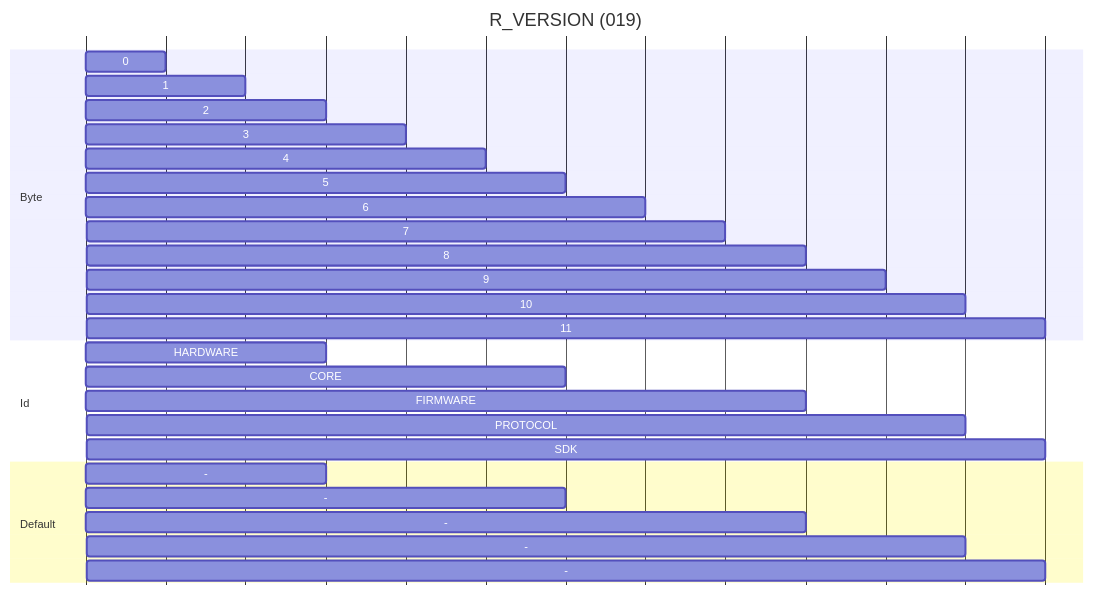
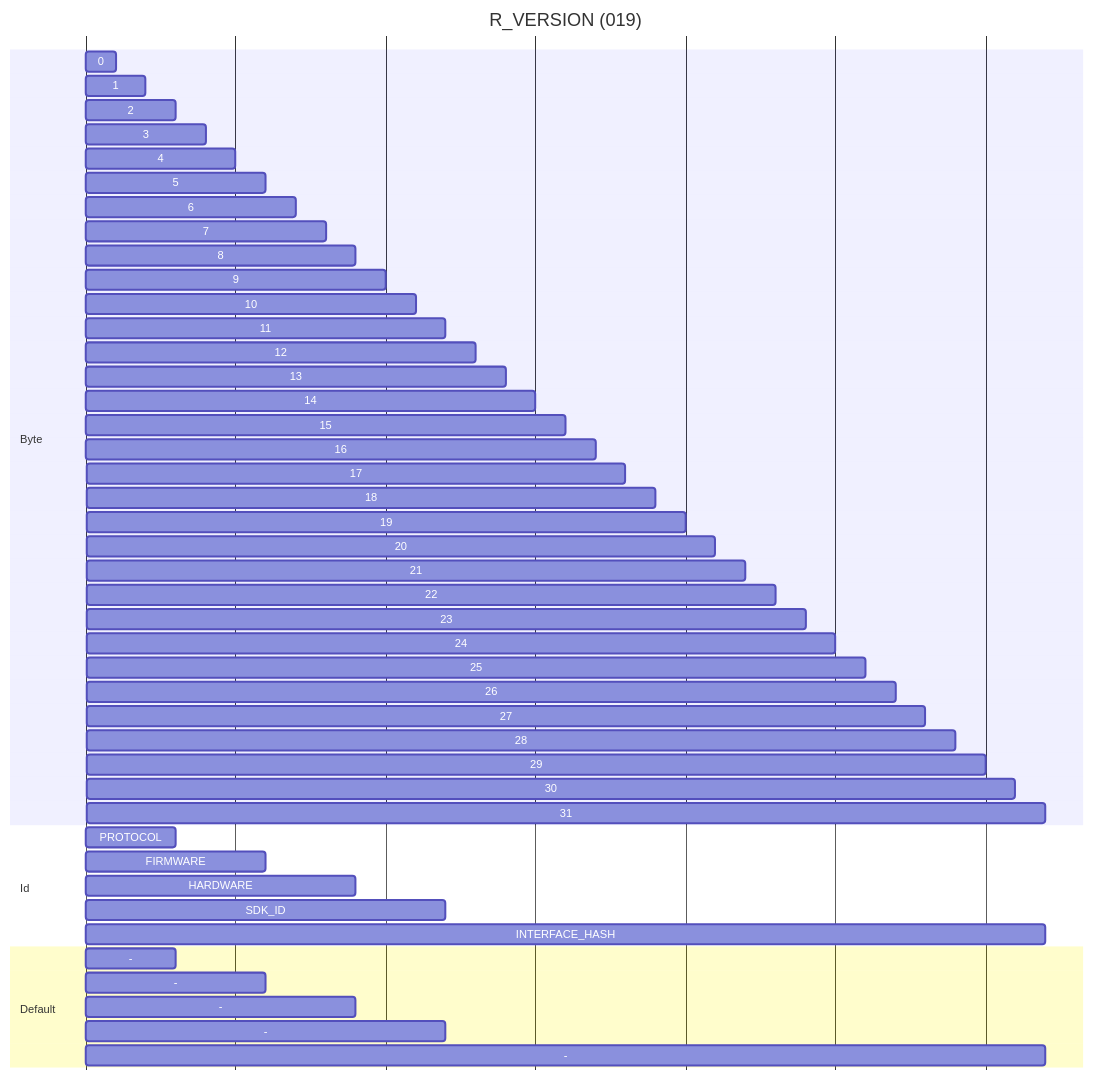
Before and after one commit to harp-tech/protocol: the tenth of 10 diagrams in Device.md, drawn with Mermaid. The commit also changed other lines of this file, not shown here.

Commit message:
Include interface hash in version register
We also refine our terminology by referring to the `device.yml` file as
the interface schema file.

````diff
--- a/Device.md
+++ b/Device.md
@@ -482,37 +482,57 @@
 ```mermaid
 ---
 displayMode: compact
 ---
 gantt
     title R_VERSION (019)
     dateFormat X
     axisFormat %
 
     section Byte
-    0         :hw_major, 0, 1
-    1         :hw_minor, 1, 2
-    2         :hw_patch, 2, 3
-    3         :core_major, 3, 4
-    4         :core_minor, 4, 5
-    5         :core_patch, 5, 6
-    6         :fw_major, 6, 7
-    7         :fw_minor, 7, 8
-    8         :fw_patch, 8, 9
-    9         :prot_major, 9, 10
-    10        :prot_minor, 10, 11
-    11        :sdk, 11, 12
+    0         :prot_major, 0, 1
+    1         :prot_minor, 1, 2
+    2         :prot_patch, 2, 3
+    3         :fw_major, 3, 4
+    4         :fw_minor, 4, 5
+    5         :fw_patch, 5, 6
+    6         :hw_major, 6, 7
+    7         :hw_minor, 7, 8
+    8         :hw_patch, 8, 9
+    9         :sdk_id0, 9, 10
+    10        :sdk_id1, 10, 11
+    11        :sdk_id2, 11, 12
+    12        :interface_hash0, 12, 13
+    13        :interface_hash1, 13, 14
+    14        :interface_hash2, 14, 15
+    15        :interface_hash3, 15, 16
+    16        :interface_hash4, 16, 17
+    17        :interface_hash5, 17, 18
+    18        :interface_hash6, 18, 19
+    19        :interface_hash7, 19, 20
+    20        :interface_hash8, 20, 21
+    21        :interface_hash9, 21, 22
+    22        :interface_hash10, 22, 23
+    23        :interface_hash11, 23, 24
+    24        :interface_hash12, 24, 25
+    25        :interface_hash13, 25, 26
+    26        :interface_hash14, 26, 27
+    27        :interface_hash15, 27, 28
+    28        :interface_hash16, 28, 29
+    29        :interface_hash17, 29, 30
+    30        :interface_hash18, 30, 31
+    31        :interface_hash19, 31, 32
 
     section Id
-    HARDWARE        :hardware, 0, 3
-    CORE            :core, 3, 6
-    FIRMWARE        :firmware, 6, 9
-    PROTOCOL        :protocol, 9, 11
-    SDK             :architecture, 11, 12
+    PROTOCOL        :protocol, 0, 3
+    FIRMWARE        :firmware, 3, 6
+    HARDWARE        :hardware, 6, 9
+    SDK_ID          :sdk, 9, 12
+    INTERFACE_HASH  :protocol, 12, 32
 
     section Default
-    -      :dr, 0, 3
-    -      :d7, 3, 6
-    -      :d6, 6, 9
-    -      :d6, 9, 11
-    -      :d6, 11, 12
+    -      :d0, 0, 3
+    -      :d1, 3, 6
+    -      :d2, 6, 9
+    -      :d3, 9, 12
+    -      :d4, 12, 32
 ```
````
